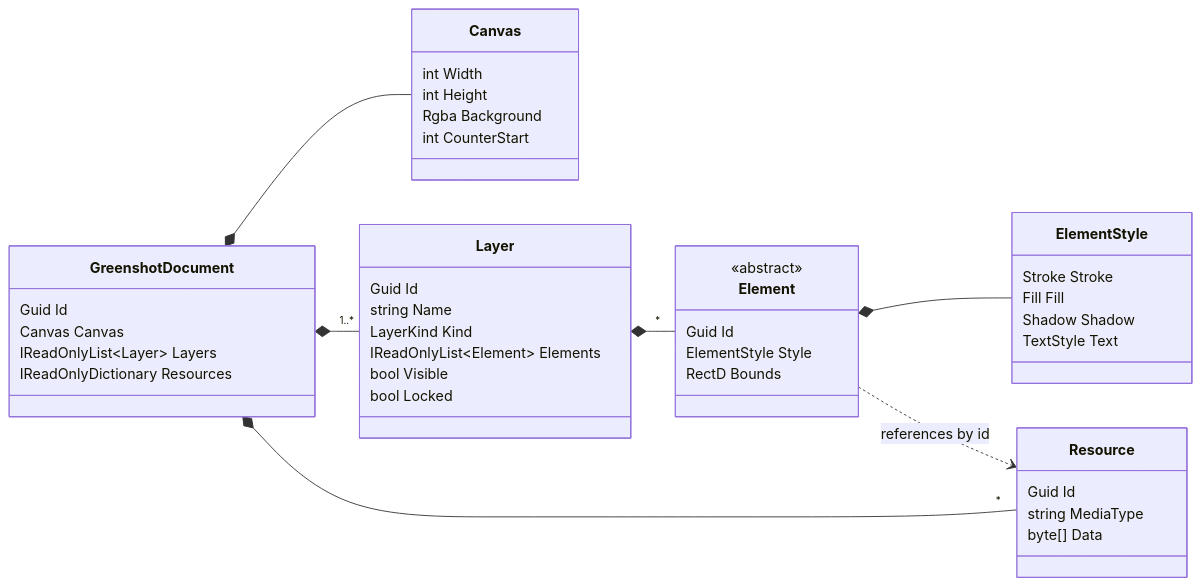
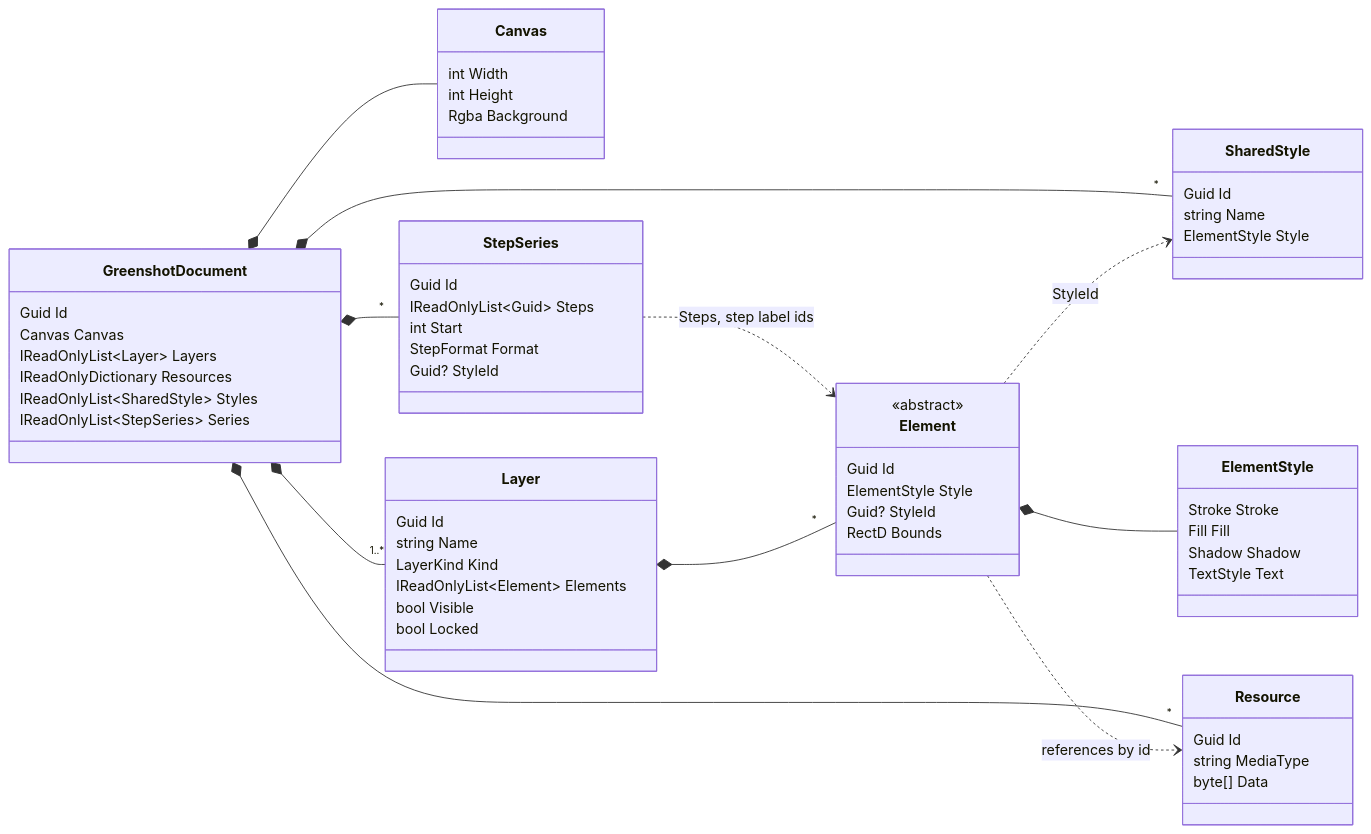
The second of 5 diagrams in docs/document-model.md (greenshot/greenshot), drawn with Mermaid before and after one commit. The commit also changed other lines of this file and 13 other files, not shown here.

First line of the commit message:
Shared styles and step label series in the document model

````diff
--- a/docs/document-model.md
+++ b/docs/document-model.md
@@ -50,47 +50,65 @@
 ```mermaid
 classDiagram
     direction LR
     class GreenshotDocument {
         Guid Id
         Canvas Canvas
         IReadOnlyList~Layer~ Layers
         IReadOnlyDictionary Resources
+        IReadOnlyList~SharedStyle~ Styles
+        IReadOnlyList~StepSeries~ Series
     }
     class Canvas {
         int Width
         int Height
         Rgba Background
-        int CounterStart
+    }
+    class SharedStyle {
+        Guid Id
+        string Name
+        ElementStyle Style
+    }
+    class StepSeries {
+        Guid Id
+        IReadOnlyList~Guid~ Steps
+        int Start
+        StepFormat Format
+        Guid? StyleId
     }
     class Layer {
         Guid Id
         string Name
         LayerKind Kind
         IReadOnlyList~Element~ Elements
         bool Visible
         bool Locked
     }
     class Resource {
         Guid Id
         string MediaType
         byte[] Data
     }
     class Element {
         <<abstract>>
         Guid Id
         ElementStyle Style
+        Guid? StyleId
         RectD Bounds
     }
     class ElementStyle {
         Stroke Stroke
         Fill Fill
         Shadow Shadow
         TextStyle Text
     }
     GreenshotDocument *-- Canvas
     GreenshotDocument *-- "1..*" Layer
     GreenshotDocument *-- "*" Resource
+    GreenshotDocument *-- "*" SharedStyle
+    GreenshotDocument *-- "*" StepSeries
+    Element ..> SharedStyle : StyleId
+    StepSeries ..> Element : Steps, step label ids
     Layer *-- "*" Element
     Element *-- ElementStyle
     Element ..> Resource : references by id
 ```
````
